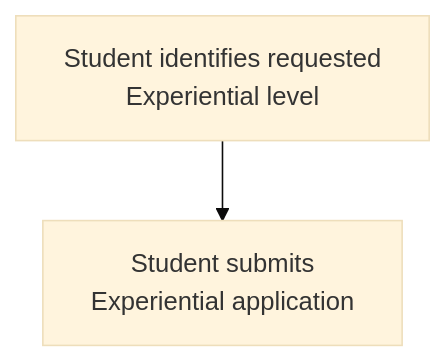
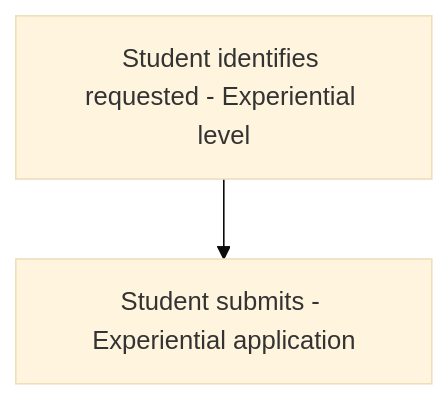
One commit to RIAHPathway/Website-Draft changed the second of 18 diagrams in RIAH-PATHWAY-EXPERIENTIAL-STRUCTURE/EXPERIENTIAL-STRUCTURE.md. Above: the diagram before and after it, drawn with Mermaid (base theme). The commit also changed other lines of this file, not shown here.

````diff
--- a/RIAH-PATHWAY-EXPERIENTIAL-STRUCTURE/EXPERIENTIAL-STRUCTURE.md
+++ b/RIAH-PATHWAY-EXPERIENTIAL-STRUCTURE/EXPERIENTIAL-STRUCTURE.md
@@ -495,4 +495,4 @@
 ```mermaid
 flowchart TD
-    A["Student identifies requested<br>Experiential level"] --> B["Student submits<br>Experiential application"]
+    A["Student identifies requested - Experiential level"] --> B["Student submits - Experiential application"]
 ```
````
